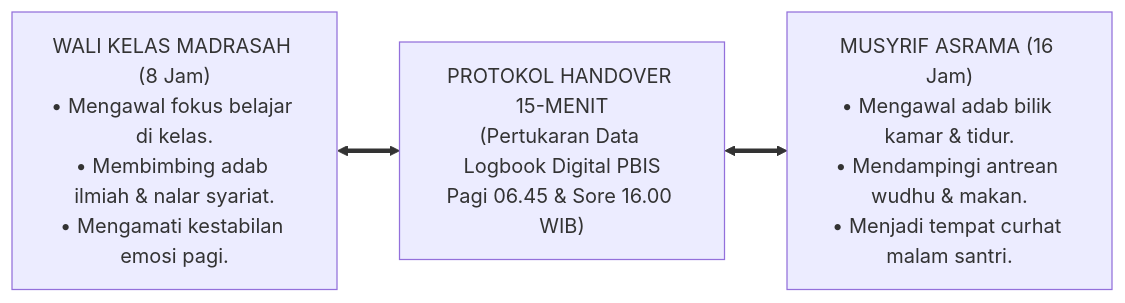
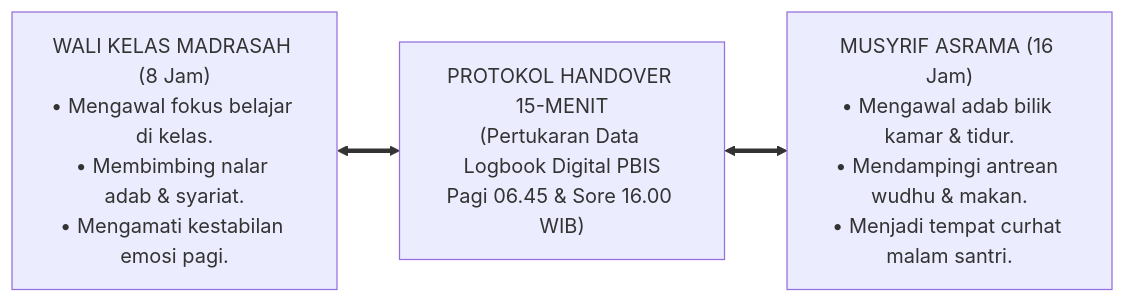
Before and after one commit to wandiapriliyandi/tumbuh: the first of 3 diagrams in BOOK-SERIES/Volume-01/Bab-06-Triad-Pertumbuhan-Simbiotik-dan-Kontinuum-10-Tahap/05-Sinergi-Simbiotik-Pengasuhan-24-Jam.md, drawn with Mermaid. The commit also changed other lines of this file and 24 other files, not shown here.

Commit message:
feat(book-01): perkaya dan perdalam seluruh isi subbab bab 02 s.d. 07 dengan elaborasi komprehensif, analisis mendalam, dan diagram alur lengkap

````diff
--- a/BOOK-SERIES/Volume-01/Bab-06-Triad-Pertumbuhan-Simbiotik-dan-Kontinuum-10-Tahap/05-Sinergi-Simbiotik-Pengasuhan-24-Jam.md
+++ b/BOOK-SERIES/Volume-01/Bab-06-Triad-Pertumbuhan-Simbiotik-dan-Kontinuum-10-Tahap/05-Sinergi-Simbiotik-Pengasuhan-24-Jam.md
@@ -20,10 +24,10 @@
 ```mermaid
 graph LR
-    Walas["WALI KELAS MADRASAH (8 Jam)<br/>• Mengawal fokus belajar di kelas.<br/>• Membimbing adab ilmiah & nalar syariat.<br/>• Mengamati kestabilan emosi pagi."]
+    Walas["WALI KELAS MADRASAH (8 Jam)<br/>• Mengawal fokus belajar di kelas.<br/>• Membimbing nalar adab & syariat.<br/>• Mengamati kestabilan emosi pagi."]
     
     Handover["PROTOKOL HANDOVER 15-MENIT<br/>(Pertukaran Data Logbook Digital PBIS<br/>Pagi 06.45 & Sore 16.00 WIB)"]
     
     Musyrif["MUSYRIF ASRAMA (16 Jam)<br/>• Mengawal adab bilik kamar & tidur.<br/>• Mendampingi antrean wudhu & makan.<br/>• Menjadi tempat curhat malam santri."]
     
     Walas <==> Handover <==> Musyrif
 ```
````
